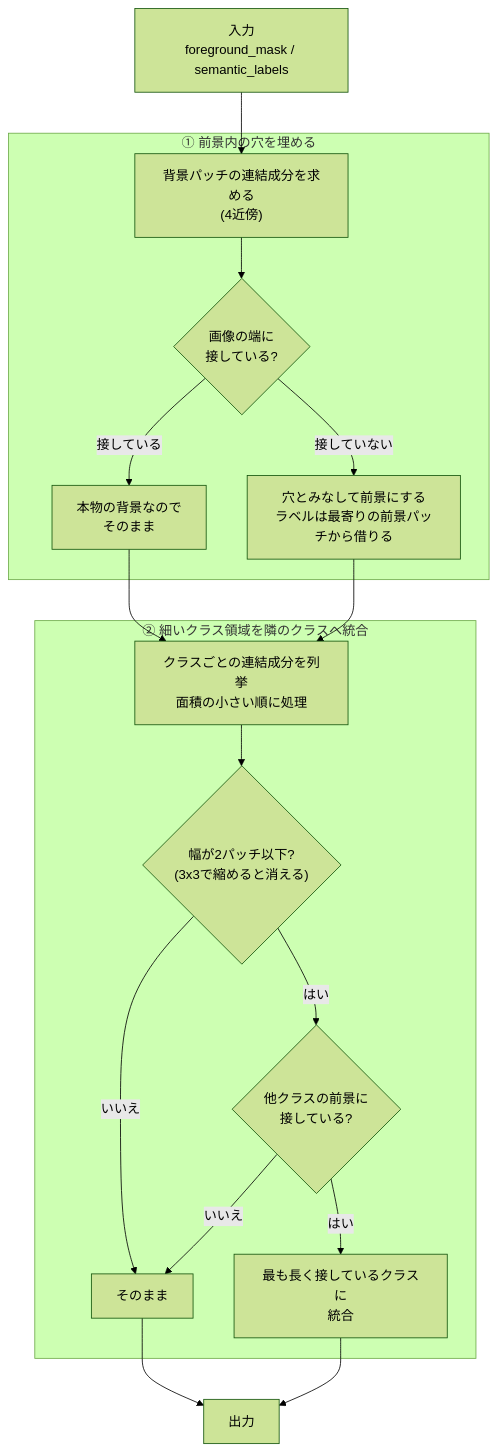
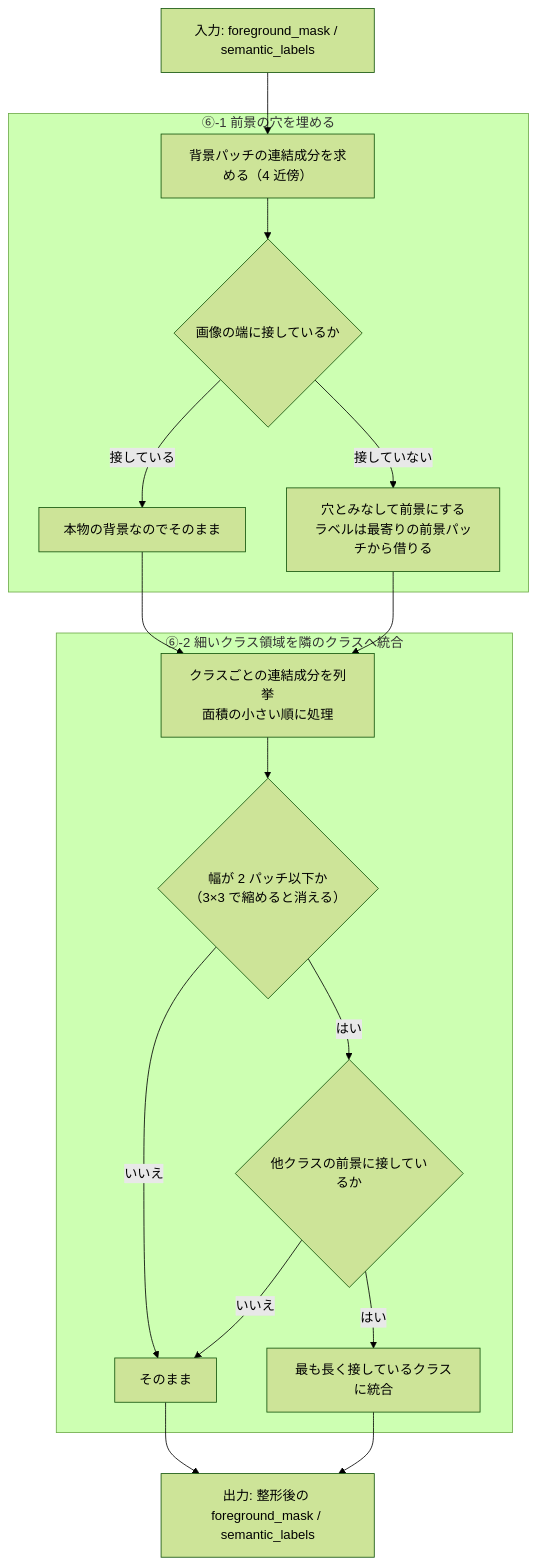
One commit to fklg-64/pe_anything_detect changed the ninth of 15 diagrams in docs/coarse_segmentation.md. Above: the diagram before and after it, drawn with Mermaid (forest theme). The commit also changed other lines of this file and 2 other files, not shown here.

````diff
--- a/docs/coarse_segmentation.md
+++ b/docs/coarse_segmentation.md
@@ -180,20 +309,20 @@
 ```mermaid
 flowchart TD
-    S["入力<br/>foreground_mask / semantic_labels"] --> H1
-    subgraph H["① 前景内の穴を埋める"]
-        H1["背景パッチの連結成分を求める<br/>(4近傍)"] --> H2{"画像の端に<br/>接している?"}
-        H2 -- "接している" --> H3["本物の背景なので<br/>そのまま"]
-        H2 -- "接していない" --> H4["穴とみなして前景にする<br/>ラベルは最寄りの前景パッチから借りる"]
+    S["入力: foreground_mask / semantic_labels"] --> H1
+    subgraph H["⑥-1 前景の穴を埋める"]
+        H1["背景パッチの連結成分を求める（4 近傍）"] --> H2{"画像の端に接しているか"}
+        H2 -->|接している| H3["本物の背景なのでそのまま"]
+        H2 -->|接していない| H4["穴とみなして前景にする<br/>ラベルは最寄りの前景パッチから借りる"]
     end
     H3 --> T0
     H4 --> T0
-    subgraph T["② 細いクラス領域を隣のクラスへ統合"]
-        T0["クラスごとの連結成分を列挙<br/>面積の小さい順に処理"] --> T1{"幅が2パッチ以下?<br/>(3x3で縮めると消える)"}
-        T1 -- "いいえ" --> T5["そのまま"]
-        T1 -- "はい" --> T2{"他クラスの前景に<br/>接している?"}
-        T2 -- "いいえ" --> T5
-        T2 -- "はい" --> T3["最も長く接しているクラスに<br/>統合"]
+    subgraph T["⑥-2 細いクラス領域を隣のクラスへ統合"]
+        T0["クラスごとの連結成分を列挙<br/>面積の小さい順に処理"] --> T1{"幅が 2 パッチ以下か<br/>（3×3 で縮めると消える）"}
+        T1 -->|いいえ| T5["そのまま"]
+        T1 -->|はい| T2{"他クラスの前景に接しているか"}
+        T2 -->|いいえ| T5
+        T2 -->|はい| T3["最も長く接しているクラスに統合"]
     end
-    T5 --> O["出力"]
+    T5 --> O["出力: 整形後の foreground_mask / semantic_labels"]
     T3 --> O
 ```
````
